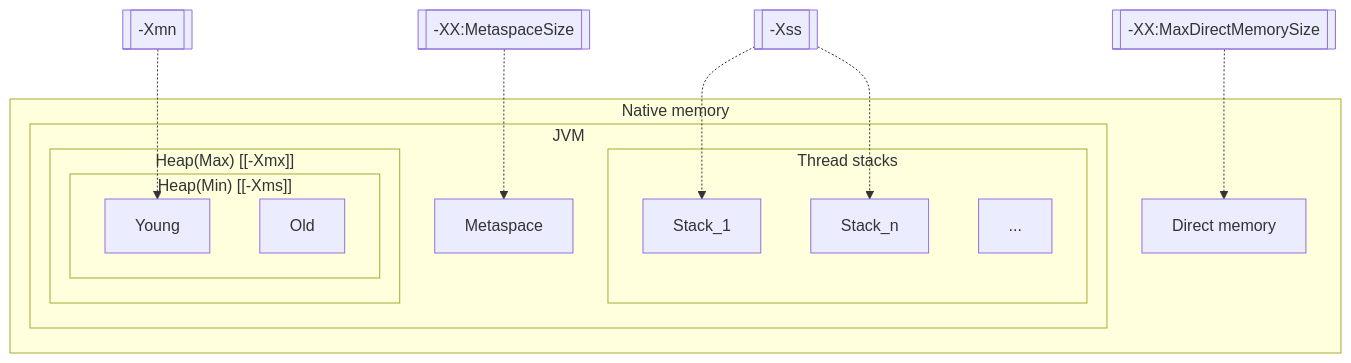
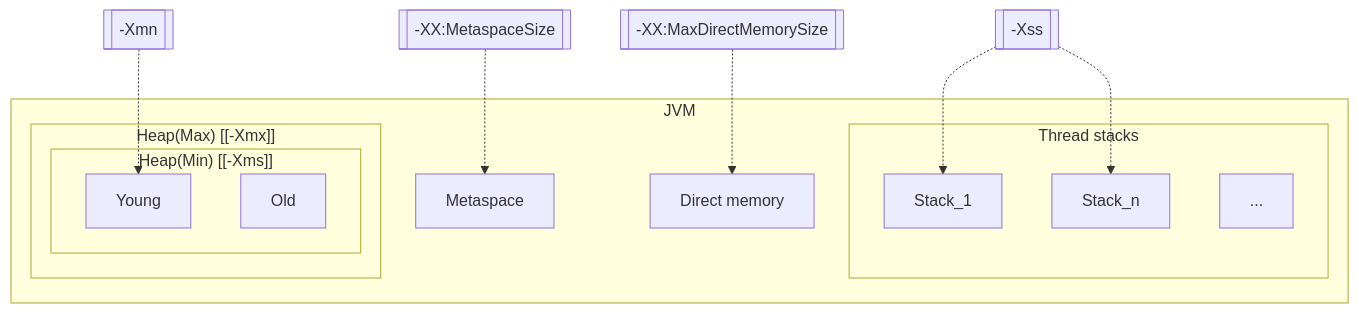
Before and after one commit to qszhu/JAVA-000: the diagram in Week_01/README.md, drawn with Mermaid. The commit also changed other lines of this file, not shown here.

Commit message:
week1 feedback

````diff
--- a/Week_01/README.md
+++ b/Week_01/README.md
@@ -16,27 +16,25 @@
 ```mermaid
 graph TB
   Xmn[[-Xmn]] -.-> Young
   Xss[[-Xss]] -.-> S1
   Xss -.-> S2
   XXM[[-XX:MetaspaceSize]] -.-> Metaspace
   XXDM[[-XX:MaxDirectMemorySize]] -.-> DM
   
-  subgraph Native memory
-    subgraph JVM
-      subgraph Thread stacks
-        S1[Stack_1]
-        S[...]
-        S2[Stack_n]
+  subgraph JVM
+    subgraph Thread stacks
+      S1[Stack_1]
+      S[...]
+      S2[Stack_n]
+    end
+    subgraph "Heap(Max) [[-Xmx]]"
+      subgraph "Heap(Min) [[-Xms]]"
+        Young
+        Old
       end
-      subgraph "Heap(Max) [[-Xmx]]"
-        subgraph "Heap(Min) [[-Xms]]"
-          Young
-          Old
-        end
-      end
-      Metaspace
     end
-
+    Metaspace
     DM[Direct memory]
   end
+
 ```
````
